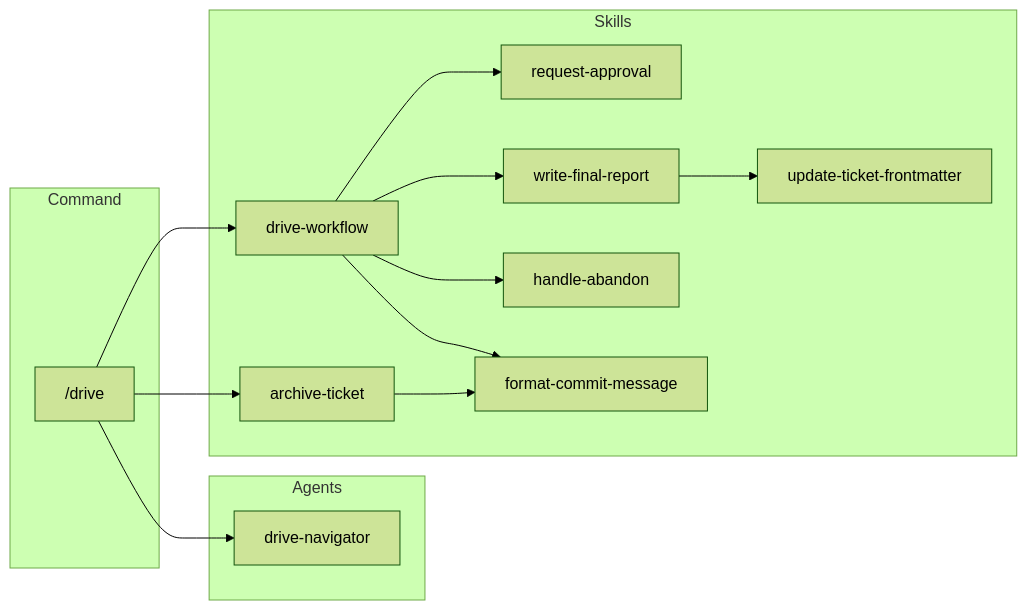
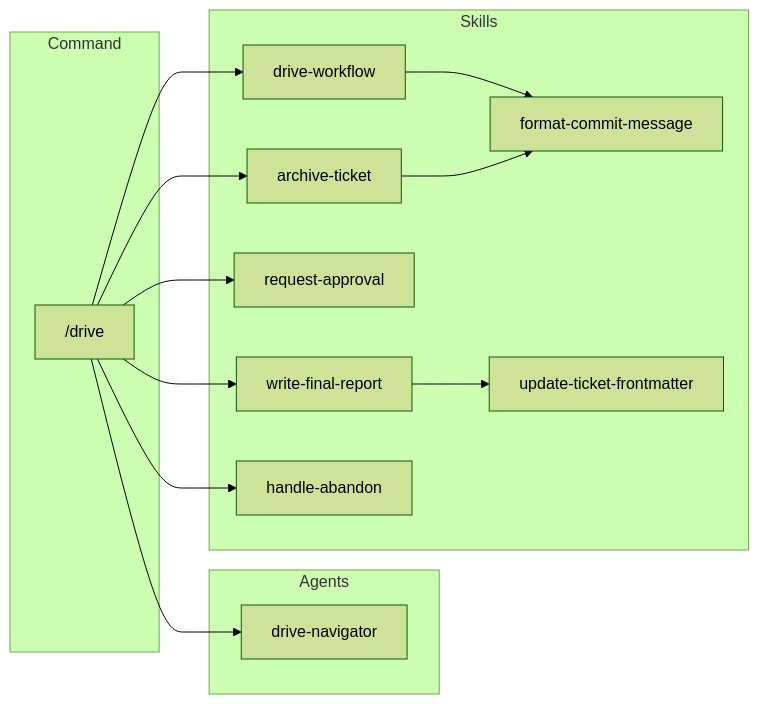
One commit to qmu/workaholic changed the third of 6 diagrams in .workaholic/specs/architecture.md. Above: the diagram before and after it, drawn with Mermaid (forest theme). The commit also changed other lines of this file and 12 other files, not shown here.

````diff
--- a/.workaholic/specs/architecture.md
+++ b/.workaholic/specs/architecture.md
@@ -182,28 +182,28 @@
 ```mermaid
 flowchart LR
     subgraph Command
         drive["/drive"]
     end
 
     subgraph Agents
         dn[drive-navigator]
     end
 
     subgraph Skills
         dw[drive-workflow]
         at[archive-ticket]
         ra[request-approval]
         wfr[write-final-report]
         ha[handle-abandon]
         fcm[format-commit-message]
         utf[update-ticket-frontmatter]
     end
 
     drive --> dn
-    drive --> dw & at
+    drive --> dw & at & ra & wfr & ha
 
     %% Skill-to-skill
-    dw --> ra & wfr & ha & fcm
+    dw --> fcm
     at --> fcm
     wfr --> utf
 ```
````
